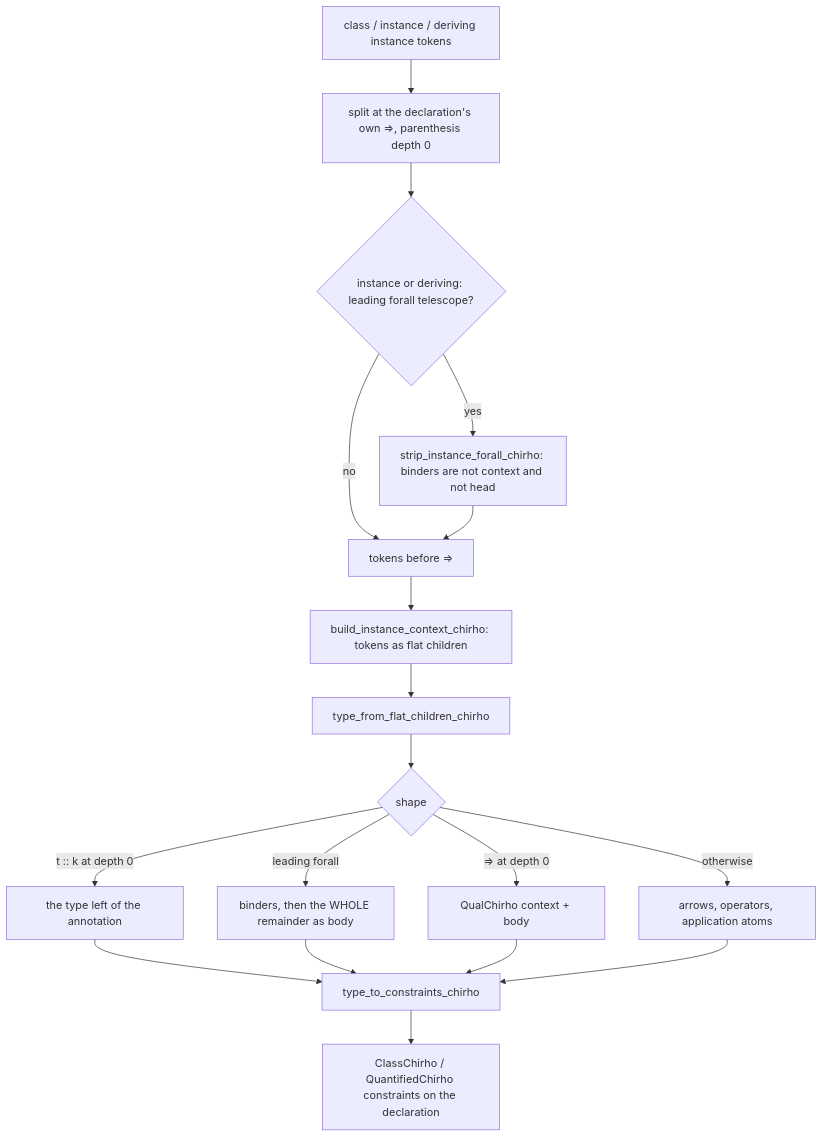
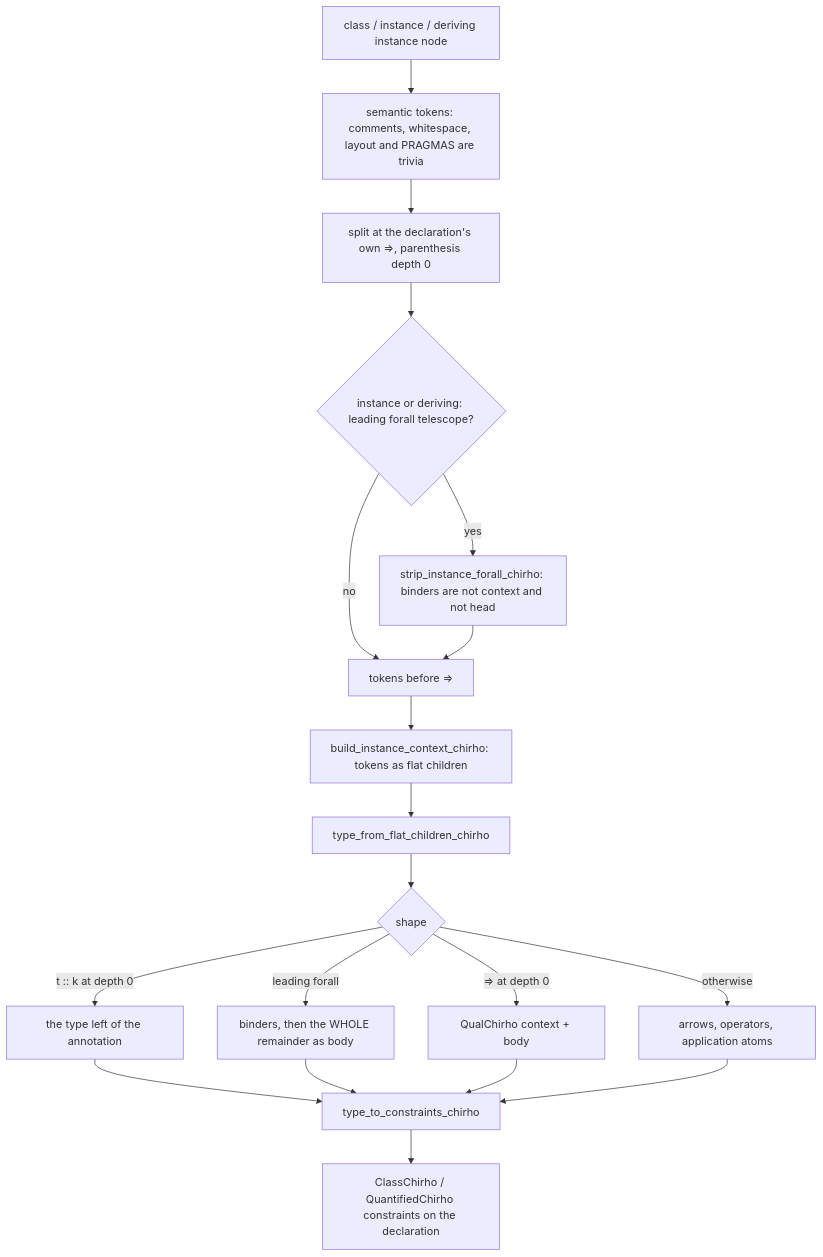
The second of 2 diagrams in spec-chirho/workflows-chirho/language-features-chirho/flat-type-syntax-chirho.md (loveJesus/haskelujah-chirho), drawn with Mermaid before and after one commit. The commit also changed other lines of this file and 2 other files, not shown here.

````diff
--- a/spec-chirho/workflows-chirho/language-features-chirho/flat-type-syntax-chirho.md
+++ b/spec-chirho/workflows-chirho/language-features-chirho/flat-type-syntax-chirho.md
@@ -58,20 +58,21 @@
 ```mermaid
 flowchart TD
-    A[class / instance / deriving instance tokens] --> B[split at the declaration's own =>, parenthesis depth 0]
+    A0[class / instance / deriving instance node] --> A[semantic tokens: comments, whitespace, layout and PRAGMAS are trivia]
+    A --> B[split at the declaration's own =>, parenthesis depth 0]
     B --> C{instance or deriving: leading forall telescope?}
     C -->|yes| D[strip_instance_forall_chirho: binders are not context and not head]
     C -->|no| E[tokens before =>]
     D --> E
     E --> F[build_instance_context_chirho: tokens as flat children]
     F --> G[type_from_flat_children_chirho]
     G --> H{shape}
     H -->|t :: k at depth 0| I[the type left of the annotation]
     H -->|leading forall| J[binders, then the WHOLE remainder as body]
     H -->|=> at depth 0| K[QualChirho context + body]
     H -->|otherwise| L[arrows, operators, application atoms]
     I --> M[type_to_constraints_chirho]
     J --> M
     K --> M
     L --> M
     M --> N[ClassChirho / QuantifiedChirho constraints on the declaration]
 ```
````
